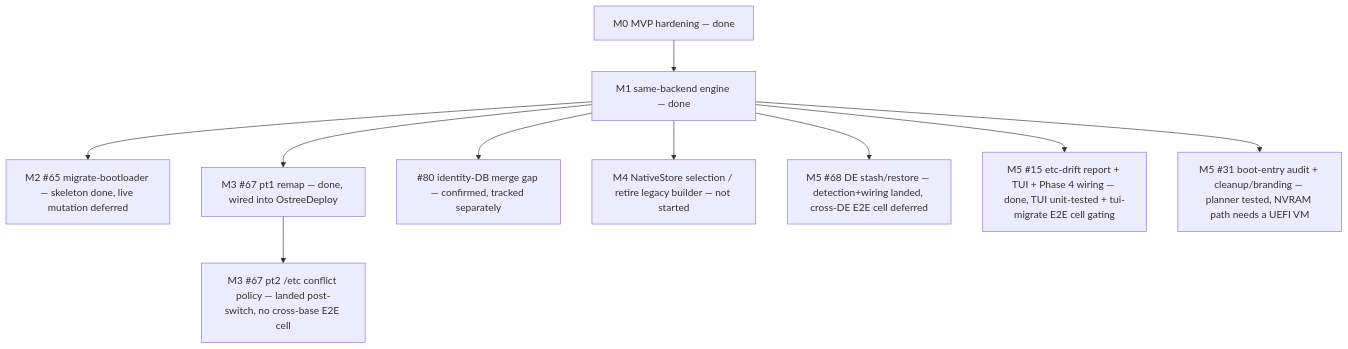
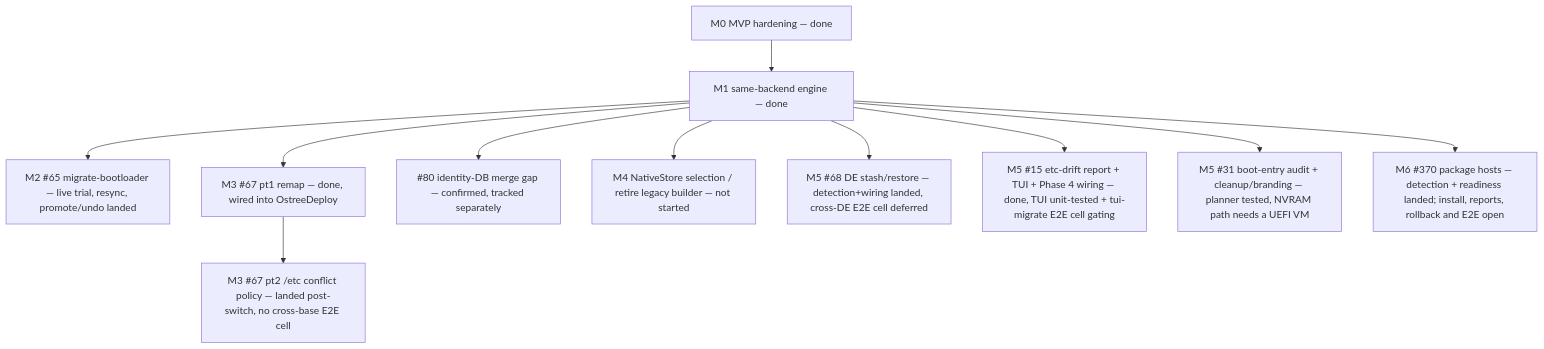
Before and after one commit to tuna-os/docs: the diagram in docs/bootc-migrate/ROADMAP.md, drawn with Mermaid. The commit also changed other lines of this file and 420 other files, not shown here.

````diff
--- a/docs/bootc-migrate/ROADMAP.md
+++ b/docs/bootc-migrate/ROADMAP.md
@@ -380,12 +416,13 @@
 ```mermaid
 graph TD
   M0["M0 MVP hardening — done"] --> M1["M1 same-backend engine — done"]
-  M1 --> M2["M2 #65 migrate-bootloader — skeleton done, live mutation deferred"]
+  M1 --> M2["M2 #65 migrate-bootloader — live trial, resync, promote/undo landed"]
   M1 --> M3P1["M3 #67 pt1 remap — done, wired into OstreeDeploy"]
   M3P1 --> M3P2["M3 #67 pt2 /etc conflict policy — landed post-switch, no cross-base E2E cell"]
   M1 --> GAP80["#80 identity-DB merge gap — confirmed, tracked separately"]
   M1 --> M4["M4 NativeStore selection / retire legacy builder — not started"]
   M1 --> M5A["M5 #68 DE stash/restore — detection+wiring landed, cross-DE E2E cell deferred"]
   M1 --> M5B["M5 #15 etc-drift report + TUI + Phase 4 wiring — done, TUI unit-tested + tui-migrate E2E cell gating"]
   M1 --> M5C["M5 #31 boot-entry audit + cleanup/branding — planner tested, NVRAM path needs a UEFI VM"]
+  M1 --> M6["M6 #370 package hosts — detection + readiness landed; install, reports, rollback and E2E open"]
 ```
````
